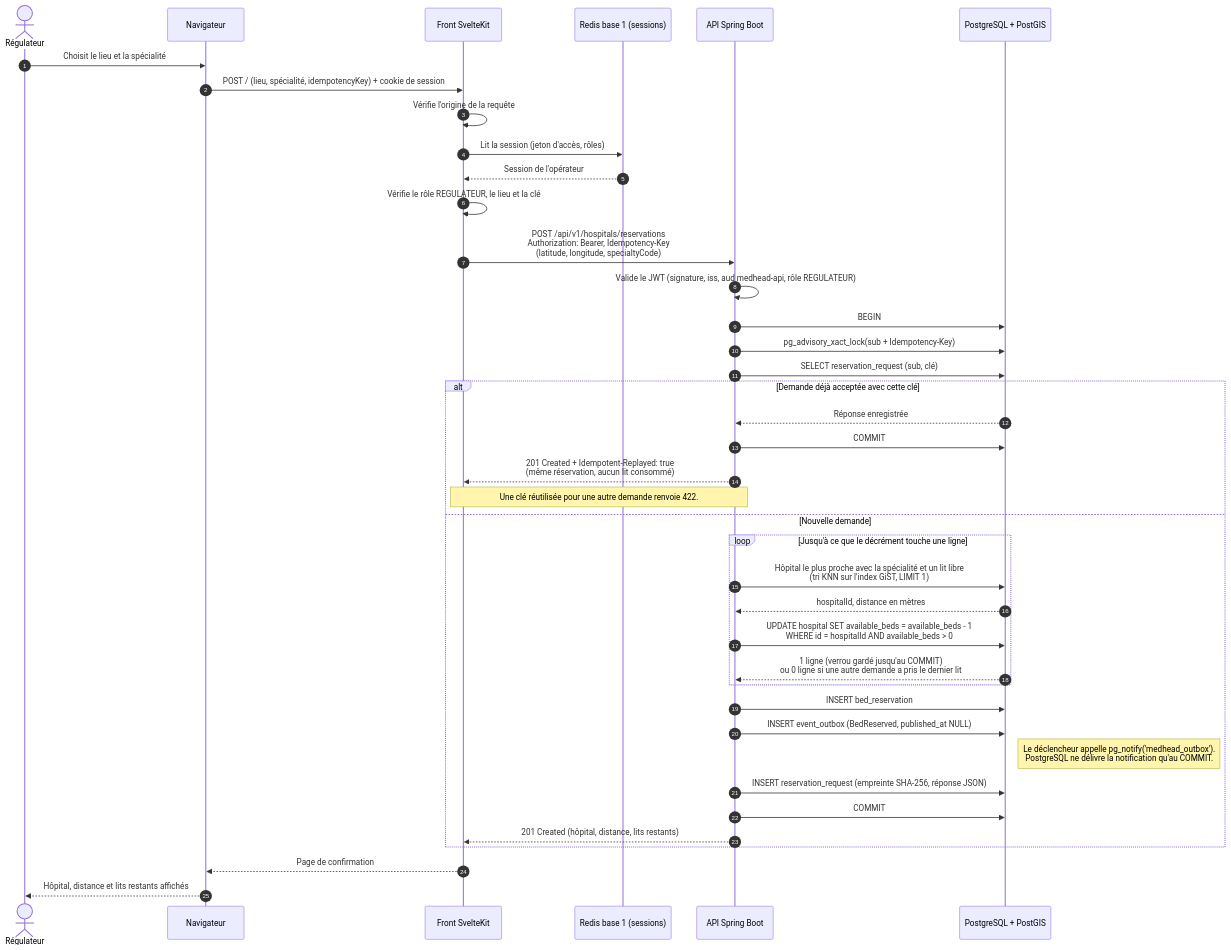
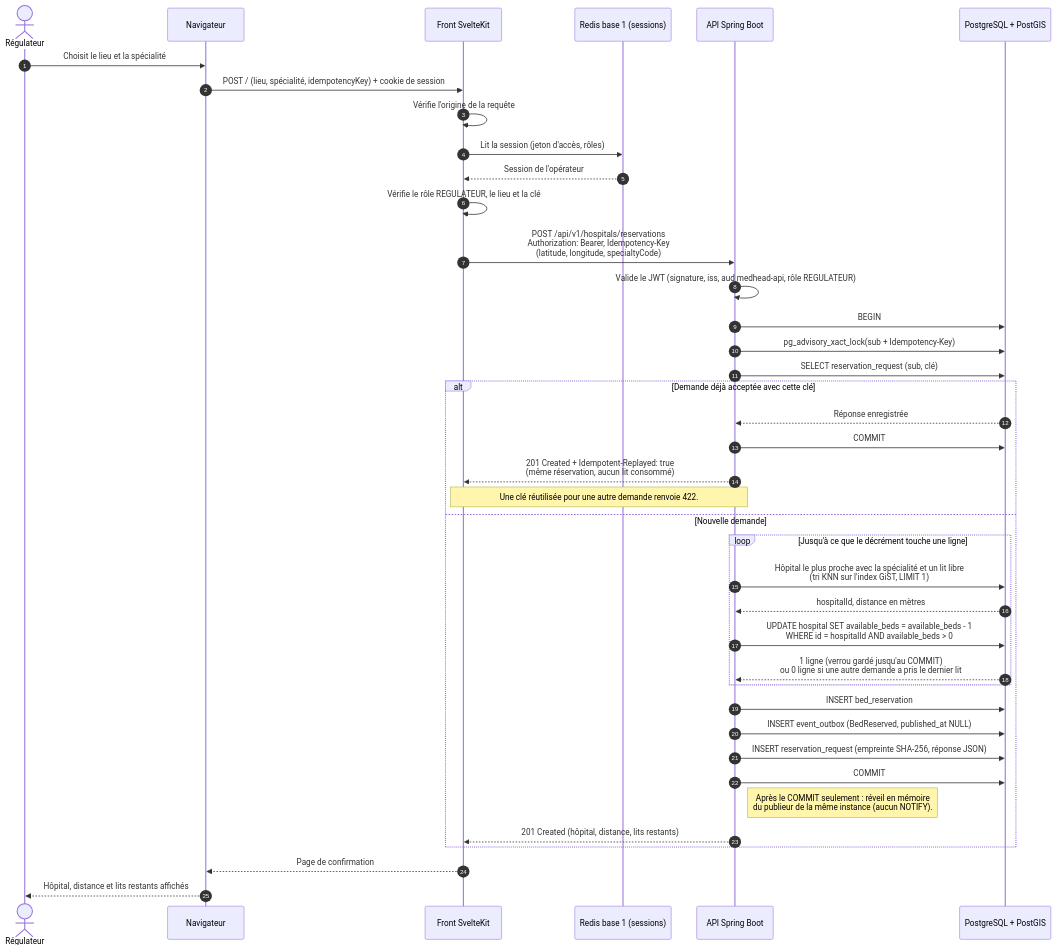
One commit to TheFatAndFurious/MedHead-architecture changed the first of 2 diagrams in diagrammes/sequence-reservation.md. Above: the diagram before and after it, drawn with Mermaid. The commit also changed other lines of this file and 3 other files, not shown here.

````diff
--- a/diagrammes/sequence-reservation.md
+++ b/diagrammes/sequence-reservation.md
@@ -22,46 +24,46 @@
 ```mermaid
 sequenceDiagram
     autonumber
     actor R as Régulateur
     participant N as Navigateur
     participant F as Front SvelteKit
     participant S as Redis base 1 (sessions)
     participant A as API Spring Boot
     participant P as PostgreSQL + PostGIS
 
     R->>N: Choisit le lieu et la spécialité
     N->>F: POST / (lieu, spécialité, idempotencyKey) + cookie de session
     F->>F: Vérifie l'origine de la requête
     F->>S: Lit la session (jeton d'accès, rôles)
     S-->>F: Session de l'opérateur
     F->>F: Vérifie le rôle REGULATEUR, le lieu et la clé
     F->>A: POST /api/v1/hospitals/reservations<br/>Authorization: Bearer, Idempotency-Key<br/>(latitude, longitude, specialtyCode)
     A->>A: Valide le JWT (signature, iss, aud medhead-api, rôle REGULATEUR)
 
     A->>P: BEGIN
     A->>P: pg_advisory_xact_lock(sub + Idempotency-Key)
     A->>P: SELECT reservation_request (sub, clé)
 
     alt Demande déjà acceptée avec cette clé
         P-->>A: Réponse enregistrée
         A->>P: COMMIT
         A-->>F: 201 Created + Idempotent-Replayed: true<br/>(même réservation, aucun lit consommé)
         Note over A,F: Une clé réutilisée pour une autre demande renvoie 422.
     else Nouvelle demande
         loop Jusqu'à ce que le décrément touche une ligne
             A->>P: Hôpital le plus proche avec la spécialité et un lit libre<br/>(tri KNN sur l'index GiST, LIMIT 1)
             P-->>A: hospitalId, distance en mètres
             A->>P: UPDATE hospital SET available_beds = available_beds - 1<br/>WHERE id = hospitalId AND available_beds > 0
             P-->>A: 1 ligne (verrou gardé jusqu'au COMMIT)<br/>ou 0 ligne si une autre demande a pris le dernier lit
         end
         A->>P: INSERT bed_reservation
         A->>P: INSERT event_outbox (BedReserved, published_at NULL)
-        Note right of P: Le déclencheur appelle pg_notify('medhead_outbox').<br/>PostgreSQL ne délivre la notification qu'au COMMIT.
         A->>P: INSERT reservation_request (empreinte SHA-256, réponse JSON)
         A->>P: COMMIT
+        Note right of A: Après le COMMIT seulement : réveil en mémoire<br/>du publieur de la même instance (aucun NOTIFY).
         A-->>F: 201 Created (hôpital, distance, lits restants)
     end
 
     F-->>N: Page de confirmation
     N-->>R: Hôpital, distance et lits restants affichés
 ```
````
